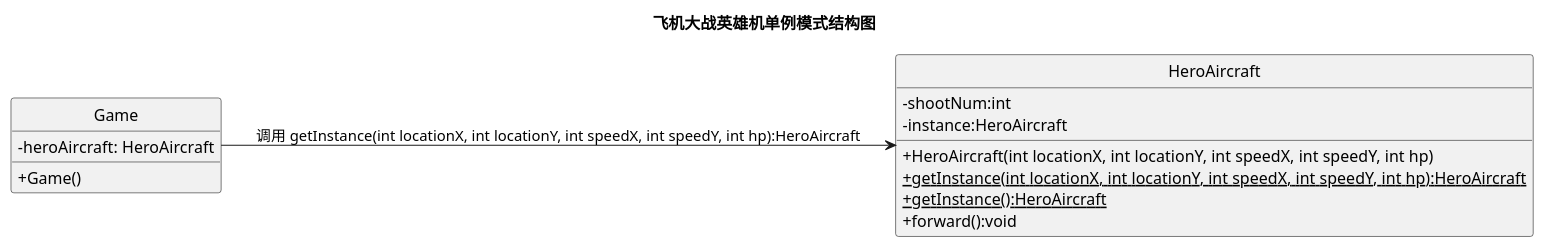
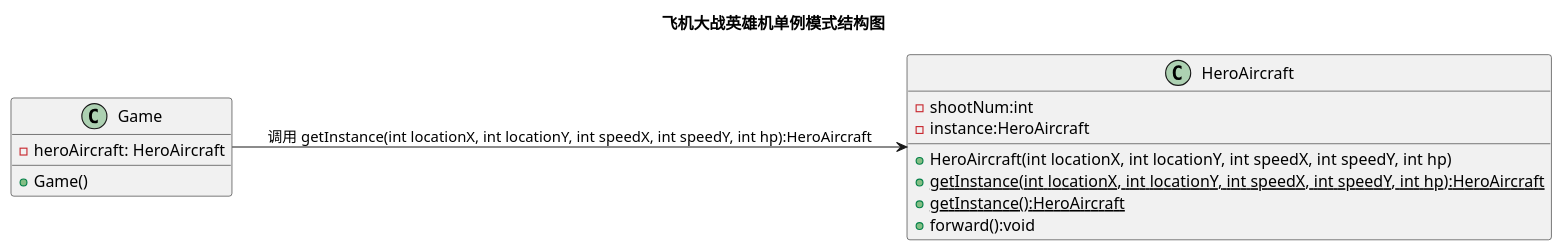
Before and after one commit to go1112/AircraftWar: the diagram in uml/Single.puml, drawn with PlantUML. The commit also changed 4 other files, not shown here.

Commit message:
完善飞机大战五大uml类图

```diff
--- a/uml/Single.puml
+++ b/uml/Single.puml
@@ -1,23 +1,21 @@
 @startuml
 title 飞机大战英雄机单例模式结构图
-skinparam classAttributeIconSize 0
-skinparam Style strictuml
 left to right direction
 
 ' 单例模式在HeroAircraft中的应用
 class HeroAircraft {
     - shootNum:int
     - instance:HeroAircraft
     + HeroAircraft(int locationX, int locationY, int speedX, int speedY, int hp)
     + {static} getInstance(int locationX, int locationY, int speedX, int speedY, int hp):HeroAircraft
     + {static} getInstance():HeroAircraft
     + forward():void
 }
 
 class Game{
     - heroAircraft: HeroAircraft
     + Game()
 }
 Game --> HeroAircraft : 调用 getInstance(int locationX, int locationY, int speedX, int speedY, int hp):HeroAircraft
 
 @enduml
```
